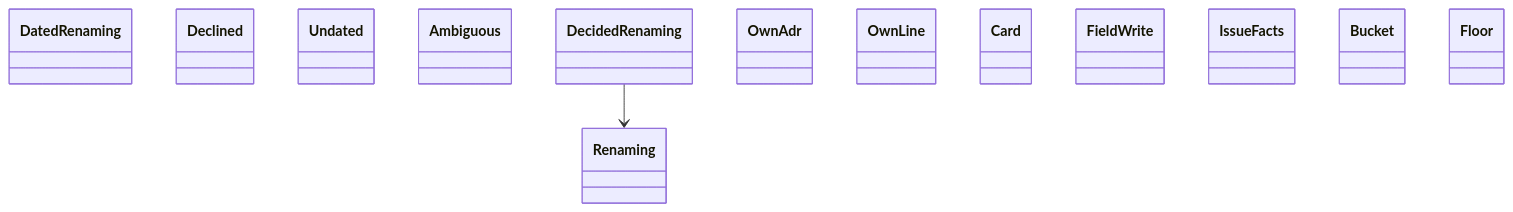
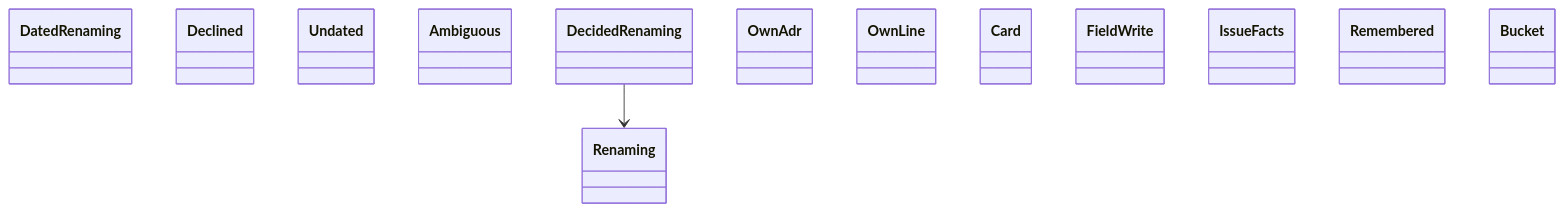
The diagram in docs/architecture/generated/classes-process-domain-landing-1.md (GonzaloZevallos/agentic-system), drawn with Mermaid before and after one commit. The commit also changed 17 other files, not shown here.

````diff
--- a/docs/architecture/generated/classes-process-domain-landing-1.md
+++ b/docs/architecture/generated/classes-process-domain-landing-1.md
@@ -34,17 +34,17 @@
 ```mermaid
 classDiagram
     class adr_dated__DatedRenaming["DatedRenaming"]
     class adr_dated__Declined["Declined"]
     class adr_dated__Undated["Undated"]
     class adr_numbers__Ambiguous["Ambiguous"]
     class adr_numbers__DecidedRenaming["DecidedRenaming"]
     class adr_numbers__OwnAdr["OwnAdr"]
     class adr_numbers__OwnLine["OwnLine"]
     class adr_numbers__Renaming["Renaming"]
     class board__Card["Card"]
     class board__FieldWrite["FieldWrite"]
     class board__IssueFacts["IssueFacts"]
+    class board__Remembered["Remembered"]
     class cost_history__Bucket["Bucket"]
-    class cost_history__Floor["Floor"]
     adr_numbers__DecidedRenaming --> adr_numbers__Renaming
 ```
````
